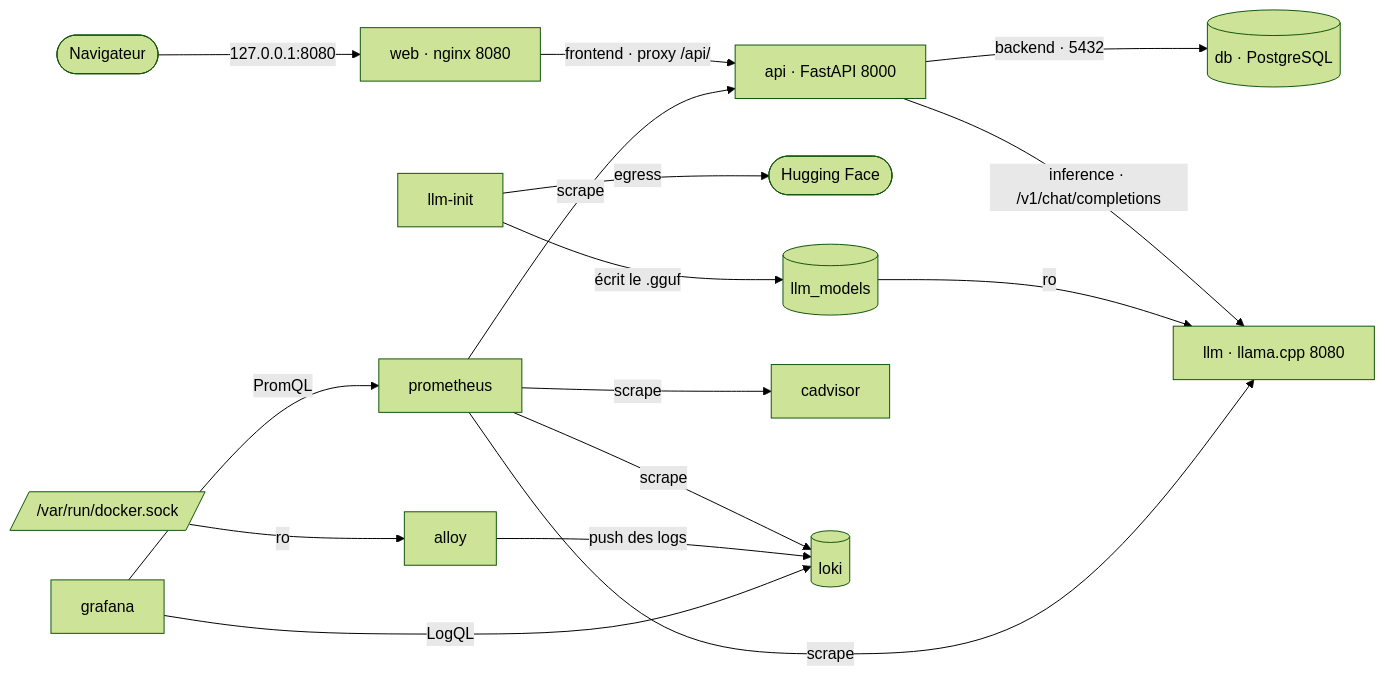
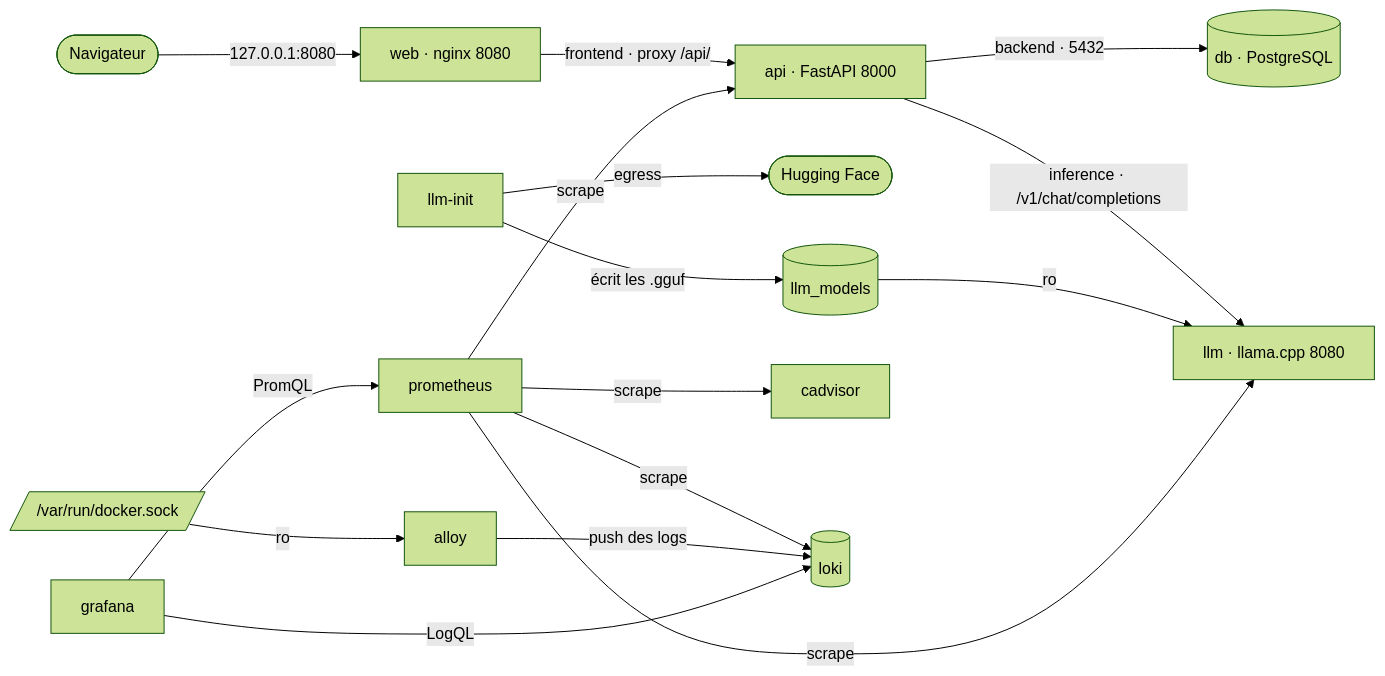
The first of 2 diagrams in docs/docker/architecture.md (SebastienHus/Nutriscope_team_delegue), drawn with Mermaid (forest theme) before and after one commit. The commit also changed other lines of this file and 29 other files, not shown here.

Commit message:
fix(docker): utilisation llamacpp au lieu de ollama pour bug graphique + tests scan

````diff
--- a/docs/docker/architecture.md
+++ b/docs/docker/architecture.md
@@ -82,18 +82,18 @@
 ```mermaid
 flowchart LR
   nav(["Navigateur"]) -->|"127.0.0.1:8080"| web
   web["web · nginx 8080"] -->|"frontend · proxy /api/"| api
   api["api · FastAPI 8000"] -->|"backend · 5432"| db[("db · PostgreSQL")]
   api -->|"inference · /v1/chat/completions"| llm["llm · llama.cpp 8080"]
   init["llm-init"] -->|"egress"| hf(["Hugging Face"])
-  init -->|"écrit le .gguf"| models[("llm_models")]
+  init -->|"écrit les .gguf"| models[("llm_models")]
   models -->|"ro"| llm
   prom["prometheus"] -->|"scrape"| api
   prom -->|"scrape"| llm
   prom -->|"scrape"| cad["cadvisor"]
   prom -->|"scrape"| loki[("loki")]
   sock[/"/var/run/docker.sock"/] -->|"ro"| alloy
   alloy -->|"push des logs"| loki
   graf["grafana"] -->|"PromQL"| prom
   graf -->|"LogQL"| loki
 ```
````
